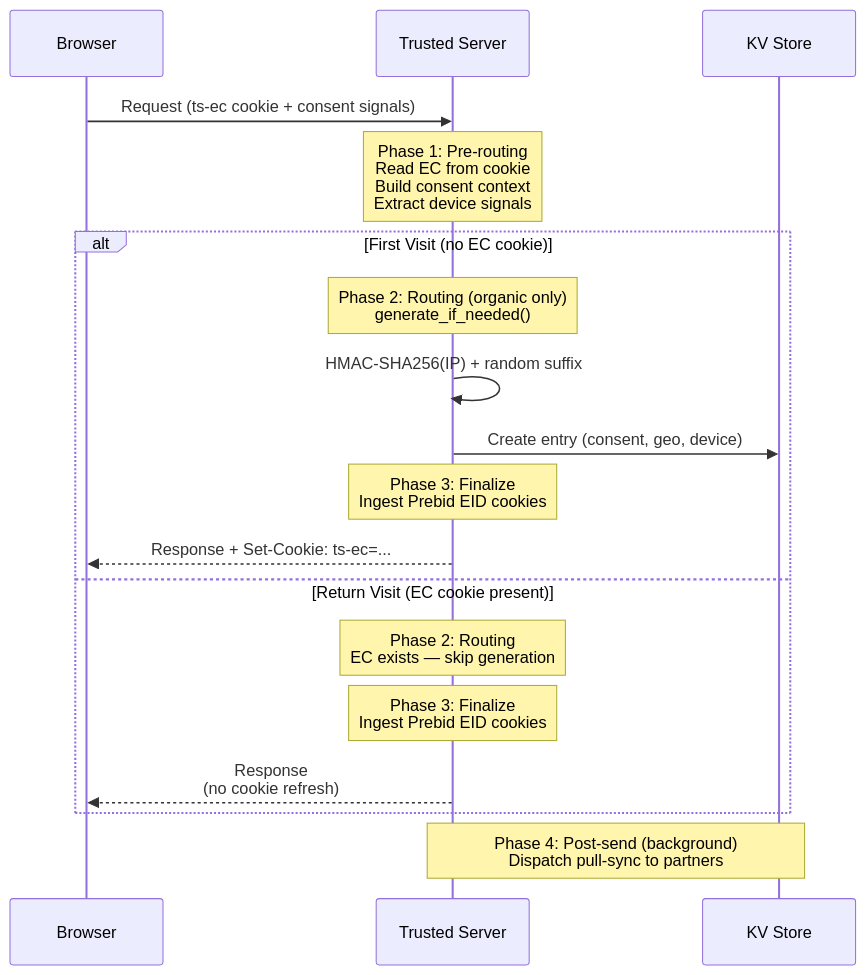
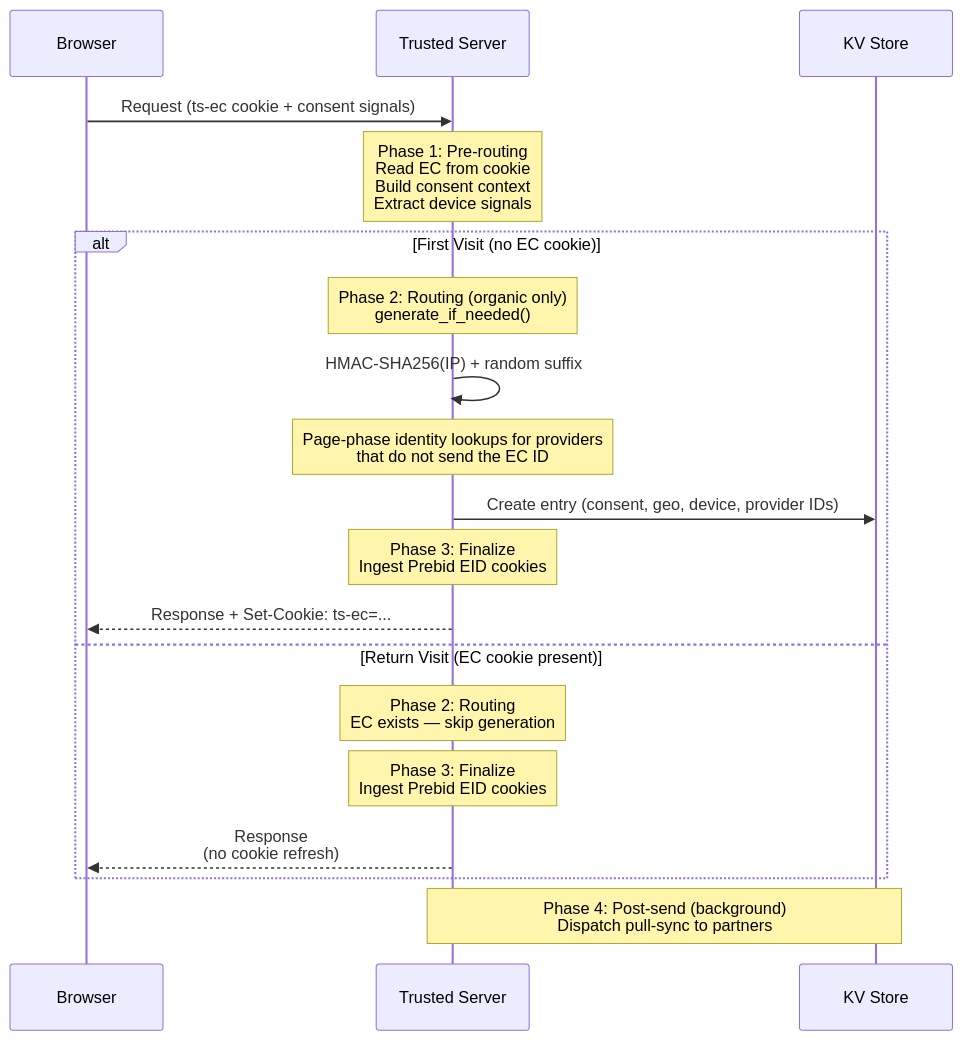
The first of 6 diagrams in docs/guide/edge-cookies.md (IABTechLab/trusted-server), drawn with Mermaid before and after one commit. The commit also changed other lines of this file and 1 other file, not shown here.

Commit message:
Document identity lookups on the navigation that mints an EC

````diff
--- a/docs/guide/edge-cookies.md
+++ b/docs/guide/edge-cookies.md
@@ -47,23 +47,24 @@
 ```mermaid
 sequenceDiagram
     participant B as Browser
     participant TS as Trusted Server
     participant KV as KV Store
 
     B->>TS: Request (ts-ec cookie + consent signals)
     Note over TS: Phase 1: Pre-routing<br/>Read EC from cookie<br/>Build consent context<br/>Extract device signals
 
     alt First Visit (no EC cookie)
         Note over TS: Phase 2: Routing (organic only)<br/>generate_if_needed()
         TS->>TS: HMAC-SHA256(IP) + random suffix
-        TS->>KV: Create entry (consent, geo, device)
+        Note over TS: Page-phase identity lookups for providers<br/>that do not send the EC ID
+        TS->>KV: Create entry (consent, geo, device, provider IDs)
         Note over TS: Phase 3: Finalize<br/>Ingest Prebid EID cookies
         TS-->>B: Response + Set-Cookie: ts-ec=...
     else Return Visit (EC cookie present)
         Note over TS: Phase 2: Routing<br/>EC exists — skip generation
         Note over TS: Phase 3: Finalize<br/>Ingest Prebid EID cookies
         TS-->>B: Response<br/>(no cookie refresh)
     end
 
     Note over TS,KV: Phase 4: Post-send (background)<br/>Dispatch pull-sync to partners
 ```
````
